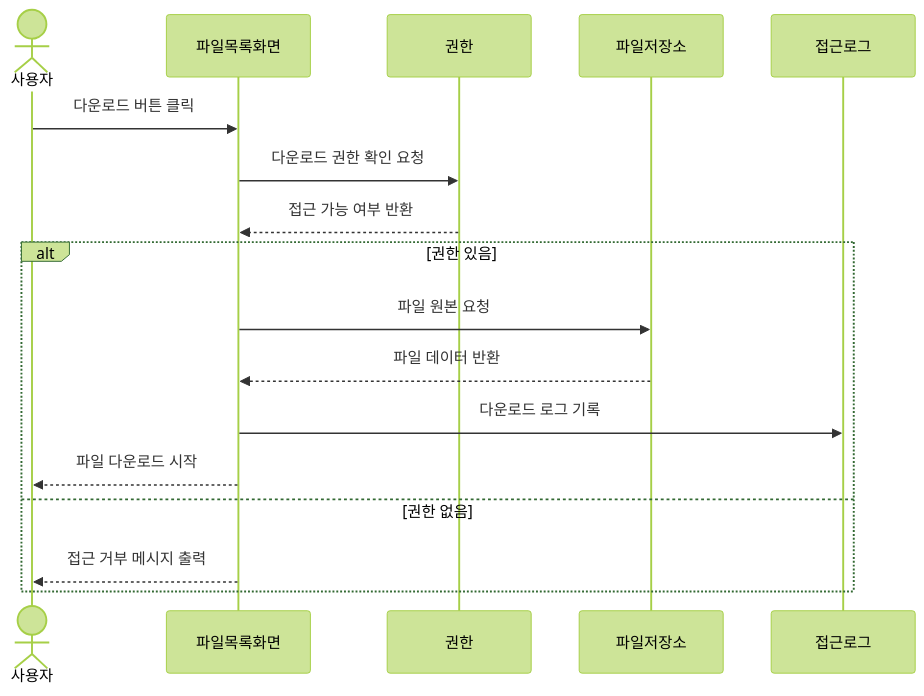
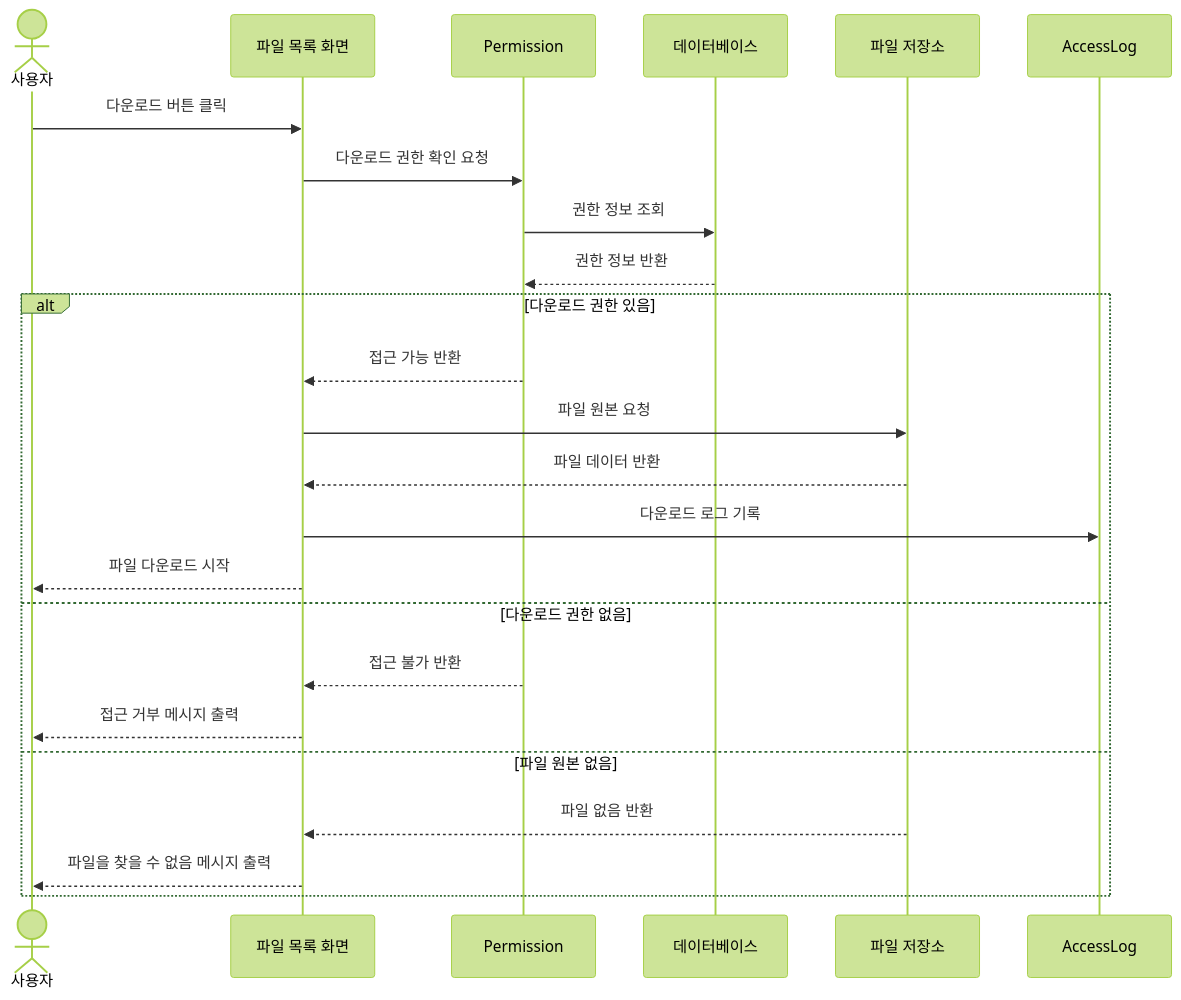
Before and after one commit to csharon0218/se: the ninth of 16 diagrams in doc/requirements_analysis.md, drawn with Mermaid (forest theme). The commit also changed other lines of this file and 7 other files, not shown here.

````diff
--- a/doc/requirements_analysis.md
+++ b/doc/requirements_analysis.md
@@ -1233,20 +1540,28 @@
 ```mermaid
 sequenceDiagram
     actor User as 사용자
-    participant UI as 파일목록화면
-    participant Perm as 권한
-    participant Storage as 파일저장소
-    participant Log as 접근로그
+    participant UI as 파일 목록 화면
+    participant Permission as Permission
+    participant DB as 데이터베이스
+    participant Storage as 파일 저장소
+    participant Log as AccessLog
 
     User->>UI: 다운로드 버튼 클릭
-    UI->>Perm: 다운로드 권한 확인 요청
-    Perm-->>UI: 접근 가능 여부 반환
-    alt 권한 있음
+    UI->>Permission: 다운로드 권한 확인 요청
+    Permission->>DB: 권한 정보 조회
+    DB-->>Permission: 권한 정보 반환
+
+    alt 다운로드 권한 있음
+        Permission-->>UI: 접근 가능 반환
         UI->>Storage: 파일 원본 요청
         Storage-->>UI: 파일 데이터 반환
         UI->>Log: 다운로드 로그 기록
         UI-->>User: 파일 다운로드 시작
-    else 권한 없음
+    else 다운로드 권한 없음
+        Permission-->>UI: 접근 불가 반환
         UI-->>User: 접근 거부 메시지 출력
+    else 파일 원본 없음
+        Storage-->>UI: 파일 없음 반환
+        UI-->>User: 파일을 찾을 수 없음 메시지 출력
     end
 ```
````
